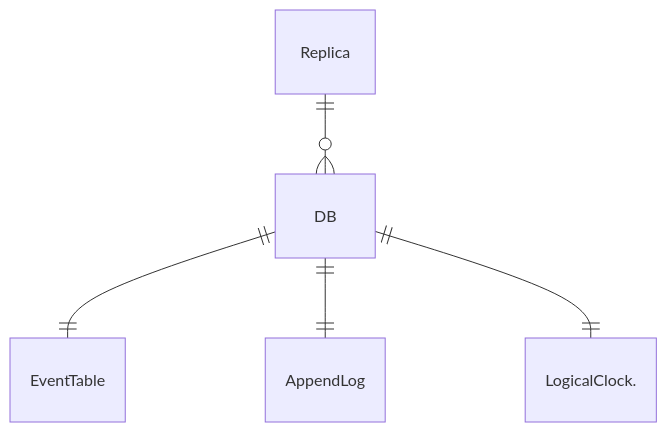
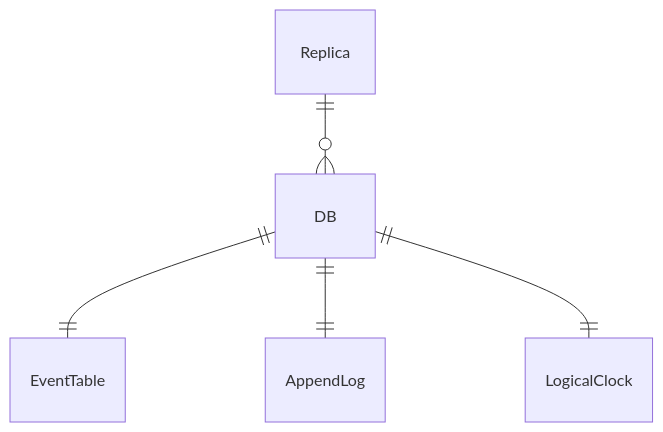
Before and after one commit to LAC-Tech/laterbase: the first of 2 diagrams in notes/technical.md, drawn with Mermaid. The commit also changed 4 other files, not shown here.

````diff
--- a/notes/technical.md
+++ b/notes/technical.md
@@ -18,7 +18,7 @@
 ```mermaid
 erDiagram
     Replica ||--o{ DB : ""
     DB ||--|| EventTable : ""
     DB ||--|| AppendLog : ""
-    DB ||--|| LogicalClock. : ""
+    DB ||--|| LogicalClock : ""
 ```
````
